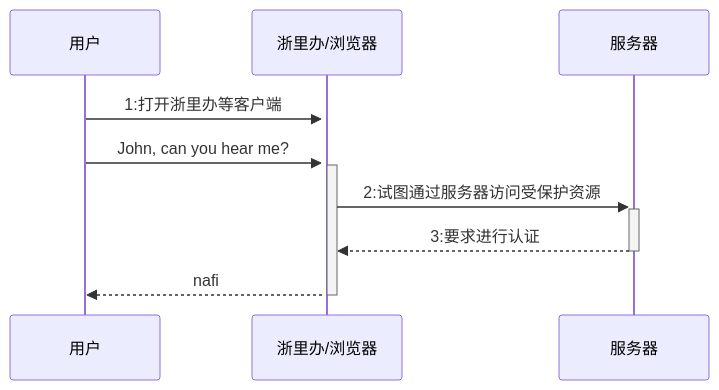
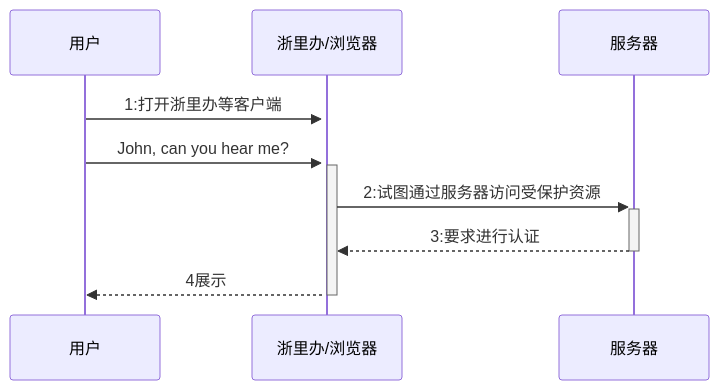
One commit to fifuntop/iodraw-files changed the diagram in all/居民端时序图.md. Above: the diagram before and after it, drawn with Mermaid.

Commit message:
2024-03-14 14:53:52 update

````diff
--- a/all/居民端时序图.md
+++ b/all/居民端时序图.md
@@ -1,9 +1,9 @@
 ```mermaid
 sequenceDiagram
     用户->>+浙里办/浏览器: 1:打开浙里办等客户端
     用户->>+浙里办/浏览器: John, can you hear me?
     浙里办/浏览器->>+服务器: 2:试图通过服务器访问受保护资源
     服务器-->>-浙里办/浏览器: 3:要求进行认证
-    浙里办/浏览器-->>-用户: nafi
+    浙里办/浏览器-->>-用户: 4展示
             
 ```
````
